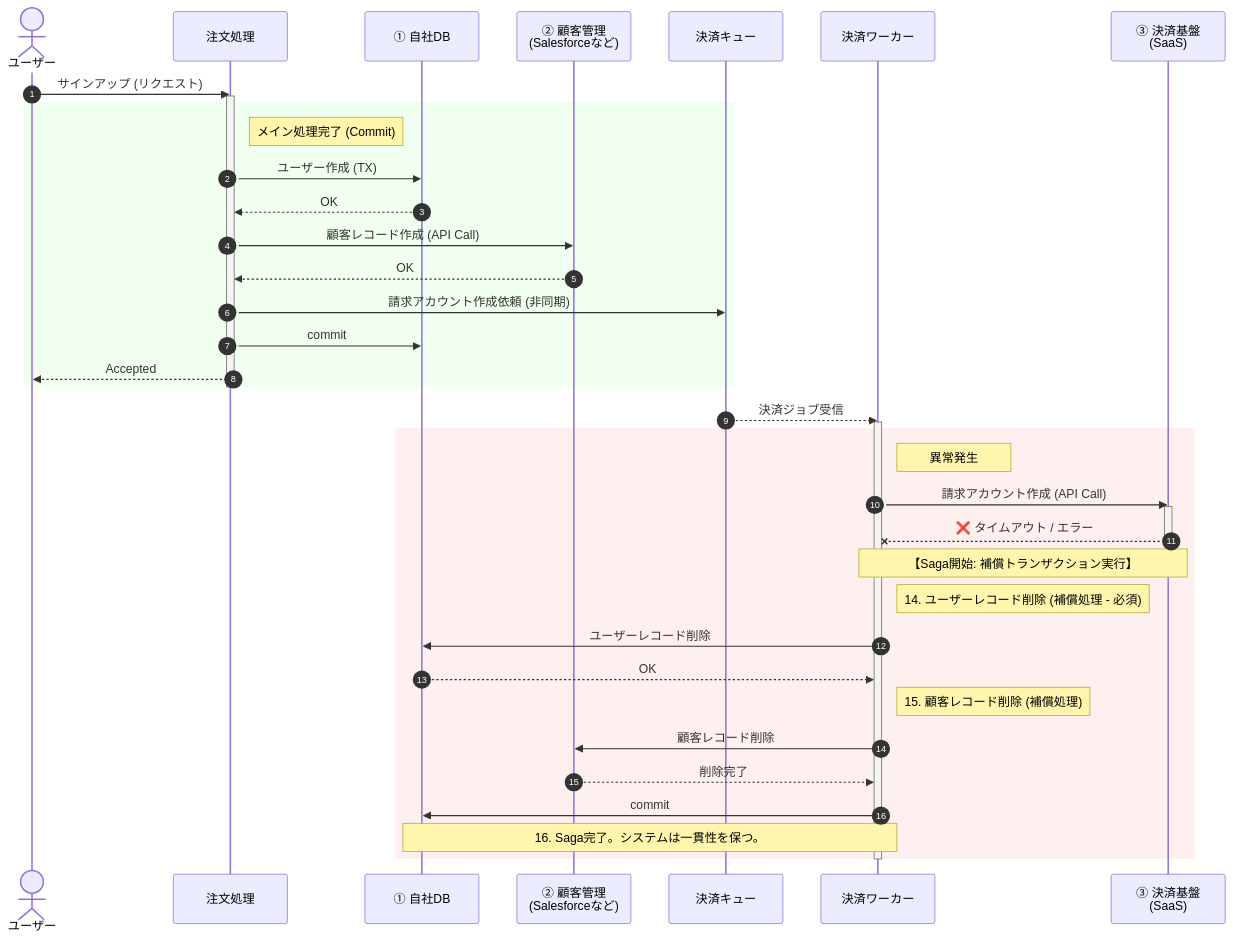
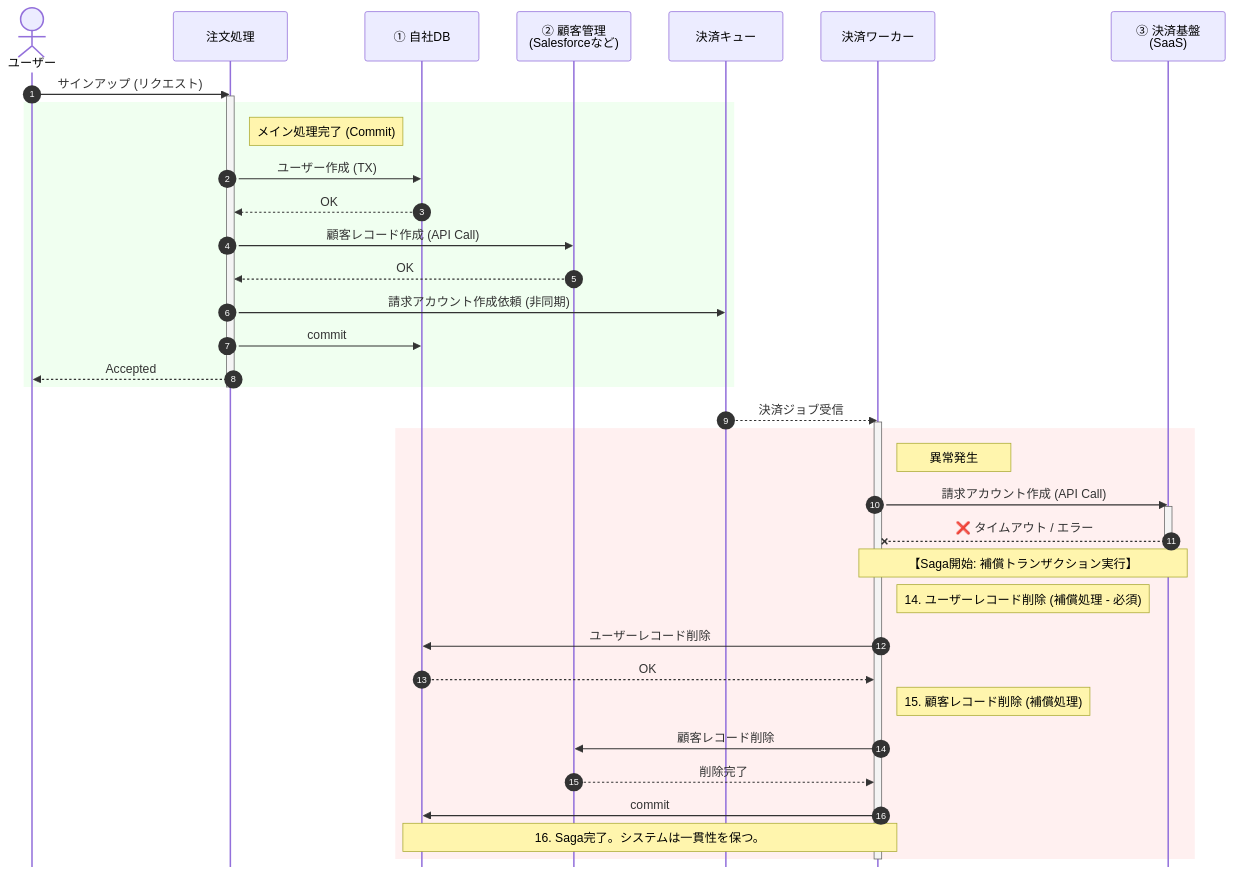
Before and after one commit to future-architect/arch-guidelines: the eighth of 9 diagrams in documents/forAsync/async_guidelines.md, drawn with Mermaid. The commit also changed other lines of this file and 5 other files, not shown here.

First line of the commit message:
非同期設計ガイドライン: 図を更新 (#229)

````diff
--- a/documents/forAsync/async_guidelines.md
+++ b/documents/forAsync/async_guidelines.md
@@ -546,57 +547,58 @@
 ```mermaid
+%%{init: {'sequence': {'mirrorActors': false}}}%%
 sequenceDiagram
     autonumber
     actor User as ユーザー
     participant Worker as 注文処理
     participant DB as ① 自社DB
     participant SF as ② 顧客管理<br>(Salesforceなど)
     participant PQ as 決済キュー
     participant PW as 決済ワーカー
     participant Z as ③ 決済基盤<br>(SaaS)
 
     User->>Worker: サインアップ (リクエスト)
     activate Worker
 
     rect rgb(240, 255, 240)
         note right of Worker: メイン処理完了 (Commit)
         Worker->>DB: ユーザー作成 (TX)
         DB-->>Worker: OK
 
         Worker->>SF: 顧客レコード作成 (API Call)
         SF-->>Worker: OK
 
         Worker->>PQ: 請求アカウント作成依頼 (非同期)
         Worker->>DB: commit
         Worker-->>User: Accepted
     end
     deactivate Worker
 
     PQ-->>PW: 決済ジョブ受信
     activate PW
 
     rect rgb(255, 240, 240)
         note right of PW: 異常発生
         PW->>Z: 請求アカウント作成 (API Call)
         activate Z
         Z--xPW: ❌ タイムアウト / エラー
         deactivate Z
 
         note over PW, Z: 【Saga開始: 補償トランザクション実行】
 
         %% --- 補償処理（Sequential: DB -> SF）---
         note right of PW: 14. ユーザーレコード削除 (補償処理 - 必須)
         PW->>DB: ユーザーレコード削除
         DB-->>PW: OK
 
         note right of PW: 15. 顧客レコード削除 (補償処理)
         PW->>SF: 顧客レコード削除
         SF-->>PW: 削除完了
         PW->>DB: commit
 
         %% ---------------------------------------
 
         note over PW, DB: 16. Saga完了。システムは一貫性を保つ。
     end
 
     deactivate PW
 ```
````
